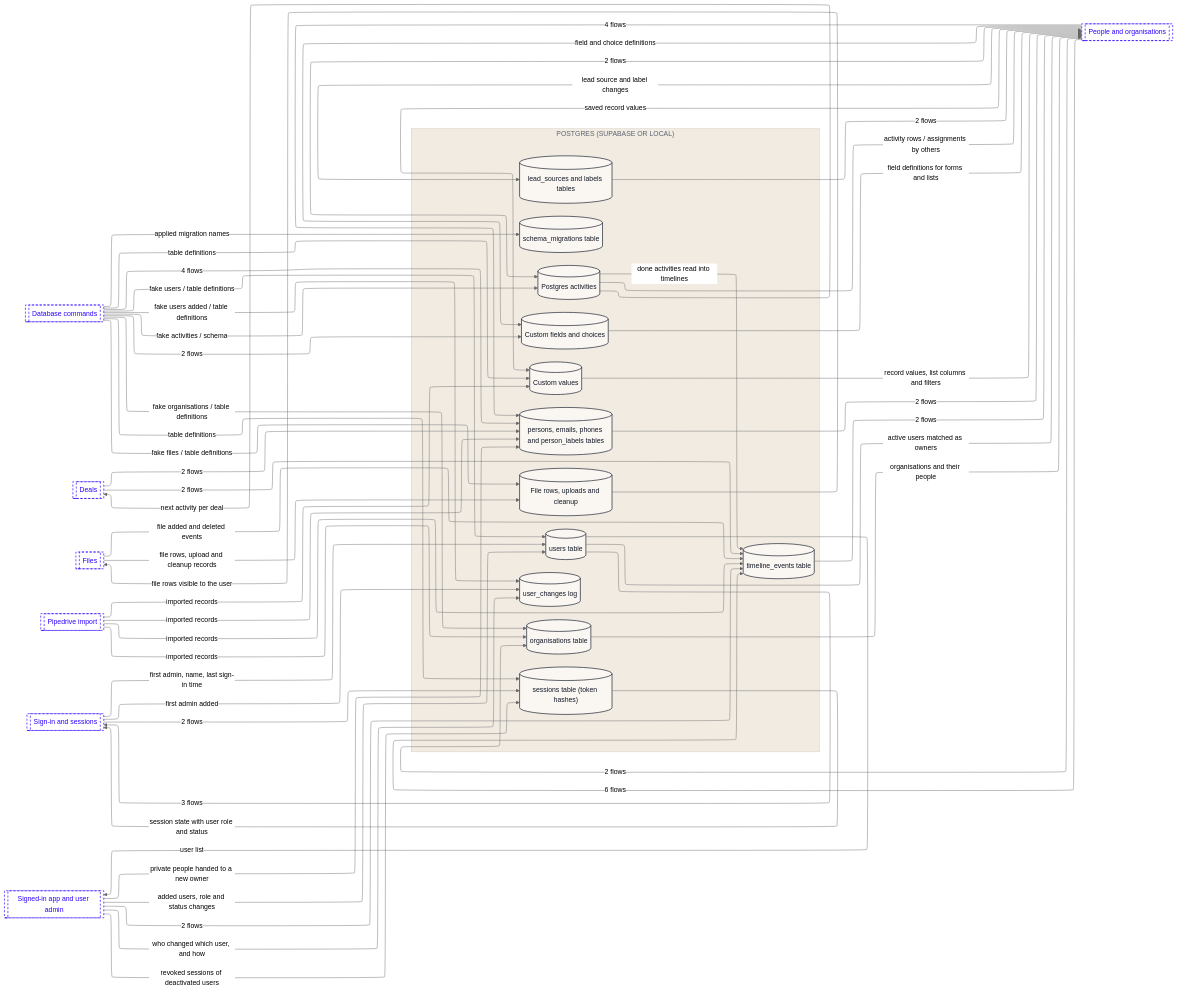
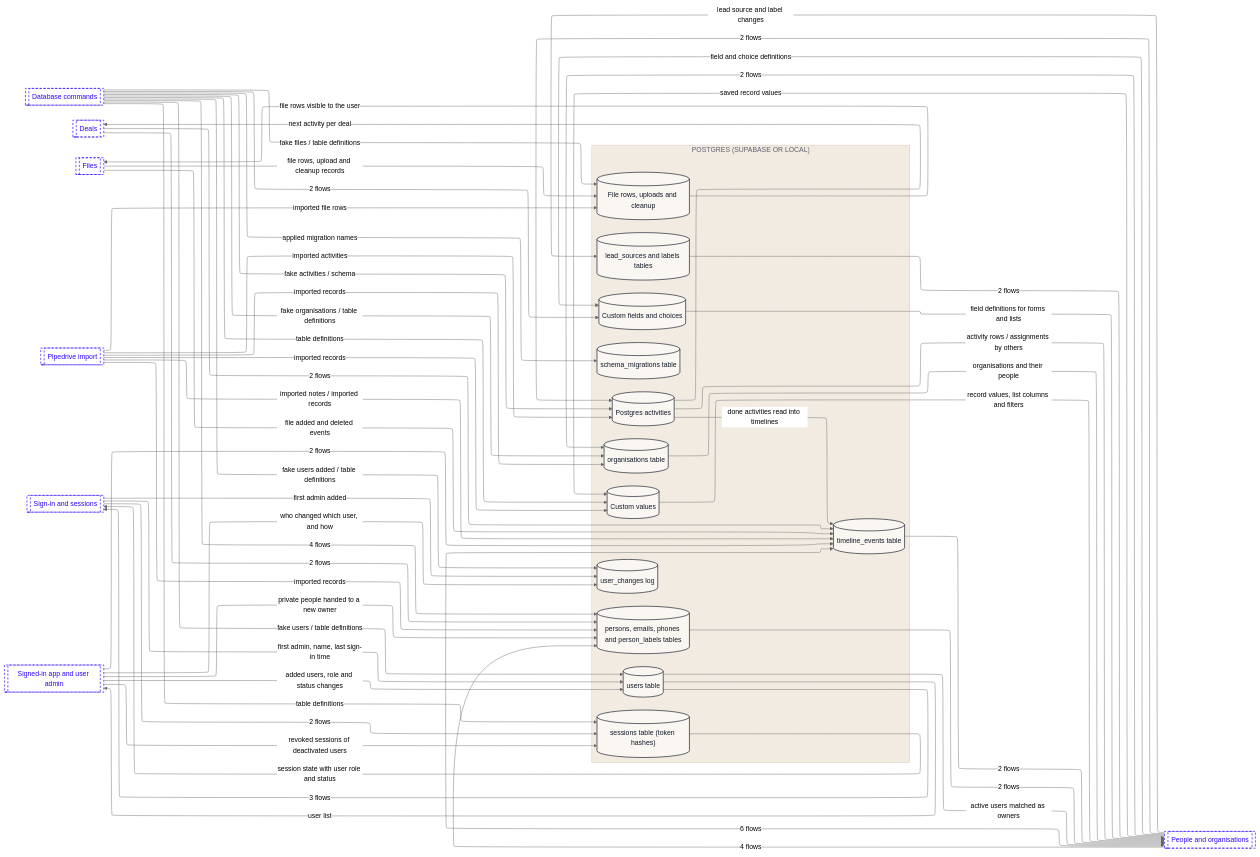
Before and after one commit to Romain-Perche/Barnacle-Pipe: the third of 12 diagrams in dataflow/DATAFLOW.md, drawn with Mermaid (neutral theme). The commit also changed other lines of this file and 6 other files, not shown here.

```diff
--- a/dataflow/DATAFLOW.md
+++ b/dataflow/DATAFLOW.md
@@ -248,10 +250,12 @@
     n13 -->|"fake users / table definitions"| n12
     n6 -->|"organisations and their people"| n17
     n7 -->|"2 flows"| n17
+    n16 -->|"imported activities"| n1
     n16 -->|"imported records"| n4
+    n16 -->|"imported file rows"| n5
     n16 -->|"imported records"| n6
     n16 -->|"imported records"| n7
-    n16 -->|"imported records"| n10
+    n16 -->|"imported notes / imported records"| n10
     n9 -->|"session state with user role and status"| n18
     n10 -->|"2 flows"| n17
     n19 -->|"private people handed to a new owner"| n7
```
